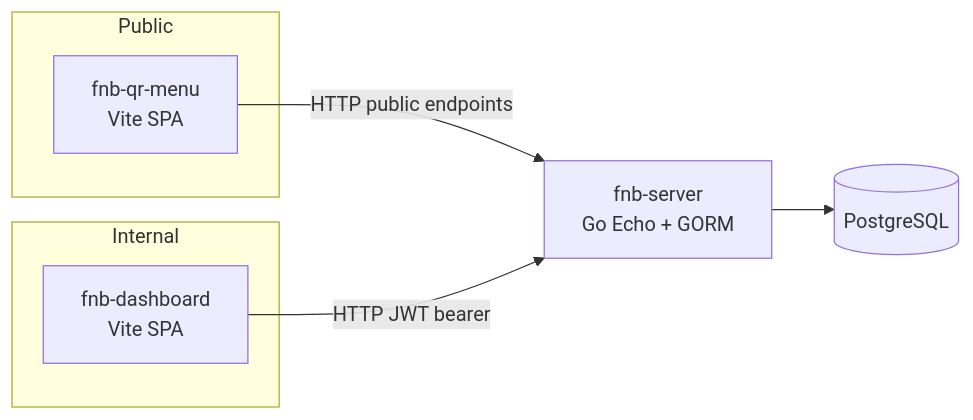
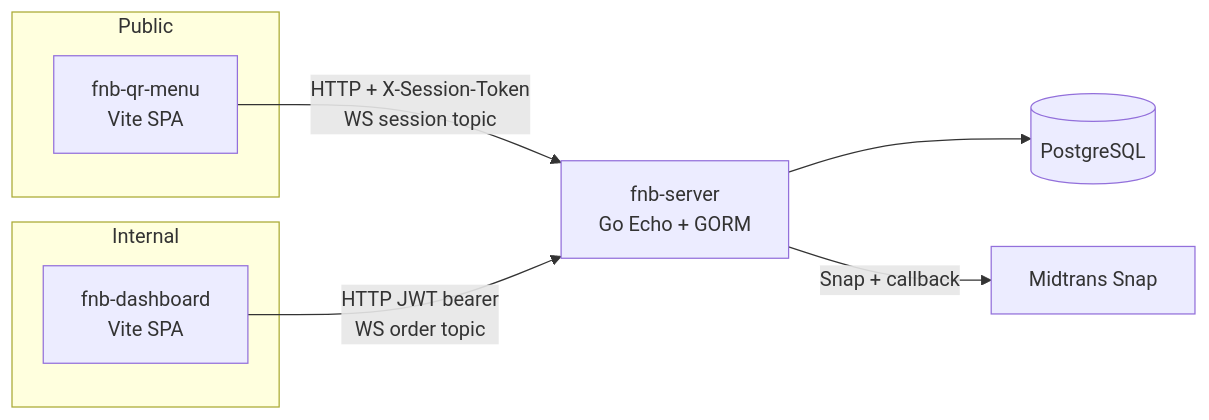
Before and after one commit to darmawandoni6/fnb-app: the first of 12 diagrams in docs/flow.md, drawn with Mermaid. The commit also changed other lines of this file and 17 other files, not shown here.

First line of the commit message:
docs(qr-menu): sync plan with table session API

````diff
--- a/docs/flow.md
+++ b/docs/flow.md
@@ -7,15 +7,17 @@
 ```mermaid
 graph LR
     subgraph Public
         QR[fnb-qr-menu<br/>Vite SPA]
     end
     subgraph Internal
         DASH[fnb-dashboard<br/>Vite SPA]
     end
     API[fnb-server<br/>Go Echo + GORM]
     DB[(PostgreSQL)]
+    MT[Midtrans Snap]
 
-    QR -->|HTTP public endpoints| API
-    DASH -->|HTTP JWT bearer| API
+    QR -->|HTTP + X-Session-Token<br/>WS session topic| API
+    DASH -->|HTTP JWT bearer<br/>WS order topic| API
     API --> DB
+    API -->|Snap + callback| MT
 ```
````
